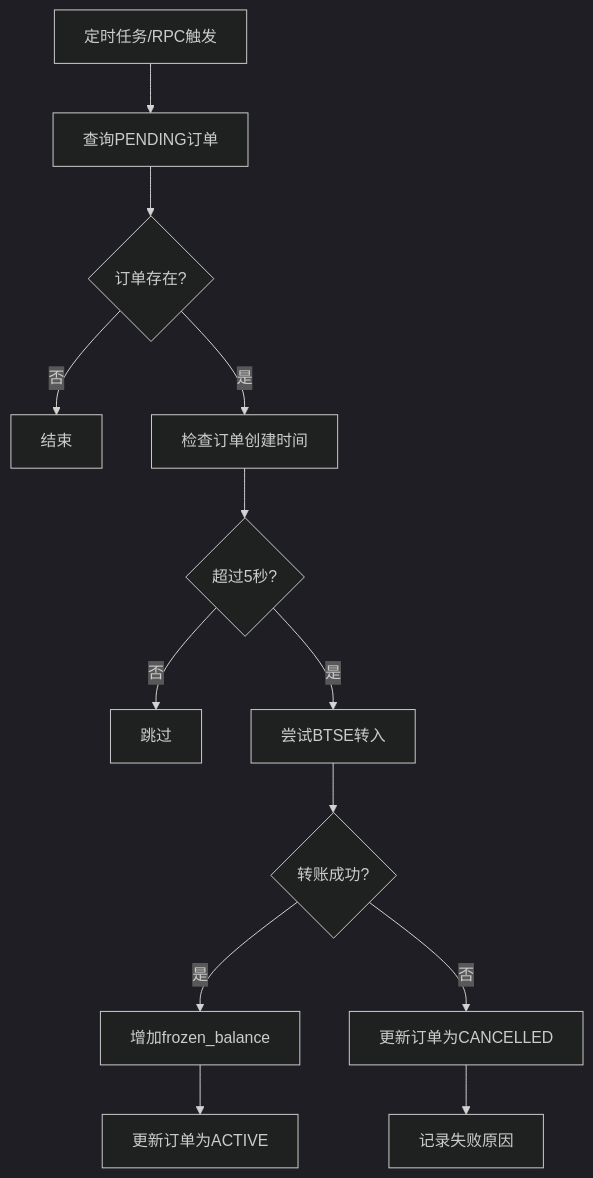
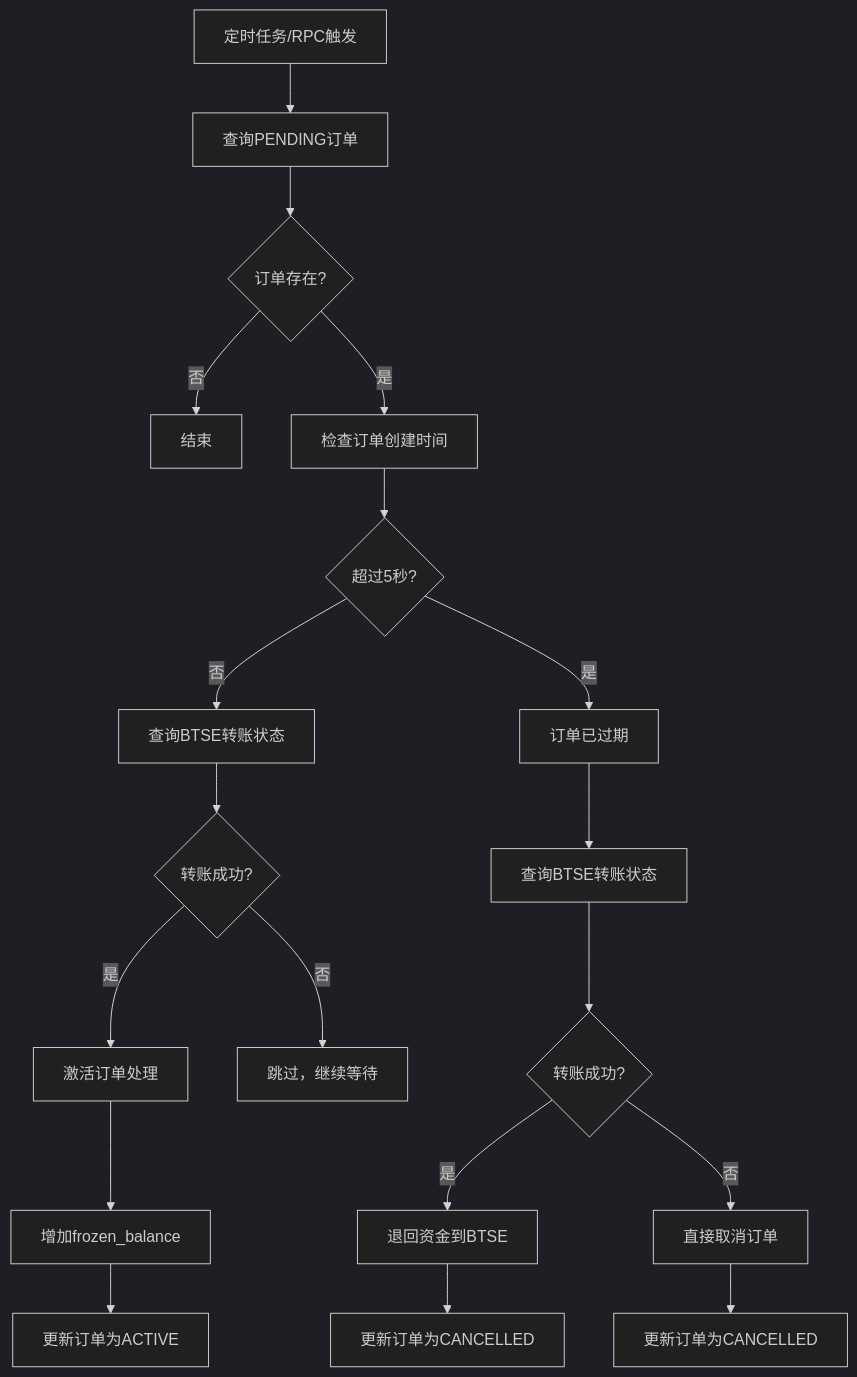
One commit to barry428/BinaryOptionDocs changed the seventh of 8 diagrams in 2. 设计类/207_05_业务流程设计(图).md. Above: the diagram before and after it, drawn with Mermaid (dark theme). The commit also changed other lines of this file and 2 other files, not shown here.

Commit message:
订单补偿流程

````diff
--- a/2. 设计类/207_05_业务流程设计(图).md
+++ b/2. 设计类/207_05_业务流程设计(图).md
@@ -275,15 +275,21 @@
 ```mermaid
 flowchart TD
     A[定时任务/RPC触发] --> B[查询PENDING订单]
     B --> C{订单存在?}
     C -->|否| D[结束]
     C -->|是| E[检查订单创建时间]
     E --> F{超过5秒?}
-    F -->|否| G[跳过]
-    F -->|是| H[尝试BTSE转入]
-    H --> I{转账成功?}
-    I -->|是| J[增加frozen_balance]
+    F -->|否| G[查询BTSE转账状态]
+    G --> H{转账成功?}
+    H -->|是| I[激活订单处理]
+    I --> J[增加frozen_balance]
     J --> K[更新订单为ACTIVE]
-    I -->|否| L[更新订单为CANCELLED]
-    L --> M[记录失败原因]
+    H -->|否| L[跳过，继续等待]
+    F -->|是| M[订单已过期]
+    M --> N[查询BTSE转账状态]
+    N --> O{转账成功?}
+    O -->|是| P[退回资金到BTSE]
+    P --> Q[更新订单为CANCELLED]
+    O -->|否| R[直接取消订单]
+    R --> S[更新订单为CANCELLED]
 ```
````
